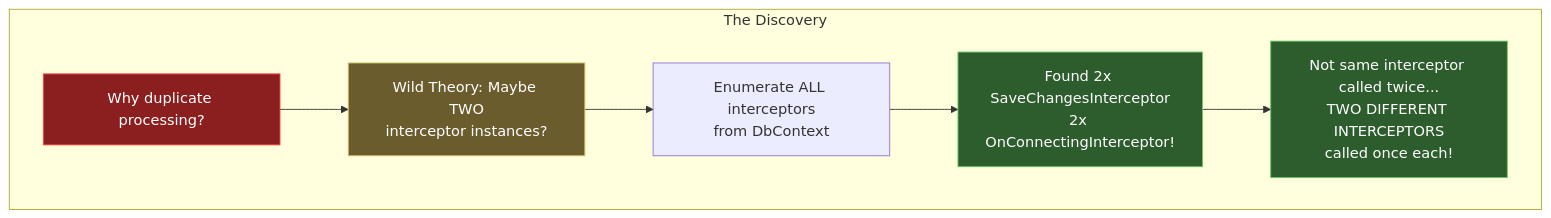
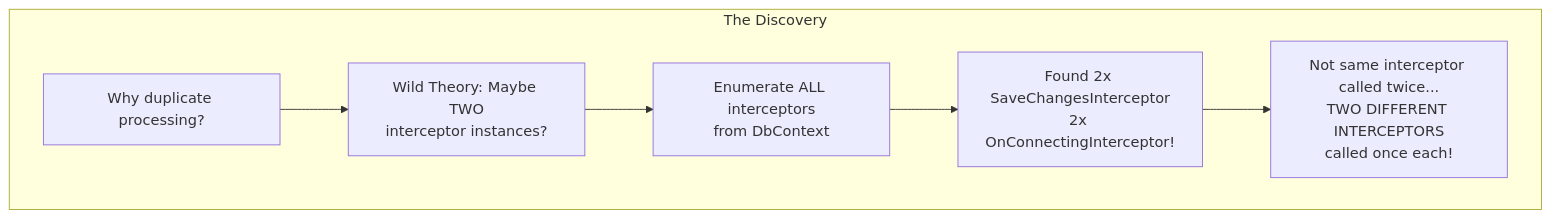
The third of 7 diagrams in astro-portfolio/src/data/blog/_2025/debugging-duplicate-event-processing.md (harveylx/portfolio-website), drawn with Mermaid before and after one commit. The commit also changed other lines of this file and 2 other files, not shown here.

Commit message:
Update theme handling for mermaid diagrams and clean up styles in blog post

````diff
--- a/astro-portfolio/src/data/blog/_2025/debugging-duplicate-event-processing.md
+++ b/astro-portfolio/src/data/blog/_2025/debugging-duplicate-event-processing.md
@@ -334,20 +329,15 @@
 ```mermaid
 graph TB
     subgraph "The Discovery"
         Question[Why duplicate processing?]
         Idea[Wild Theory: Maybe TWO<br/>interceptor instances?]
         Test[Enumerate ALL interceptors<br/>from DbContext]
         Result[Found 2x SaveChangesInterceptor<br/>2x OnConnectingInterceptor!]
         Truth[Not same interceptor called twice...<br/>TWO DIFFERENT INTERCEPTORS<br/>called once each!]
 
         Question --> Idea
         Idea --> Test
         Test --> Result
         Result --> Truth
-
-        style Question fill:#8B1E1E,stroke:#FF4444,color:#FFF
-        style Idea fill:#6B5C2D,stroke:#D4C46B,color:#FFF
-        style Result fill:#2D5C2D,stroke:#6BC66B,color:#FFF
-        style Truth fill:#2D5C2D,stroke:#6BC66B,color:#FFF
     end
 ```
````
